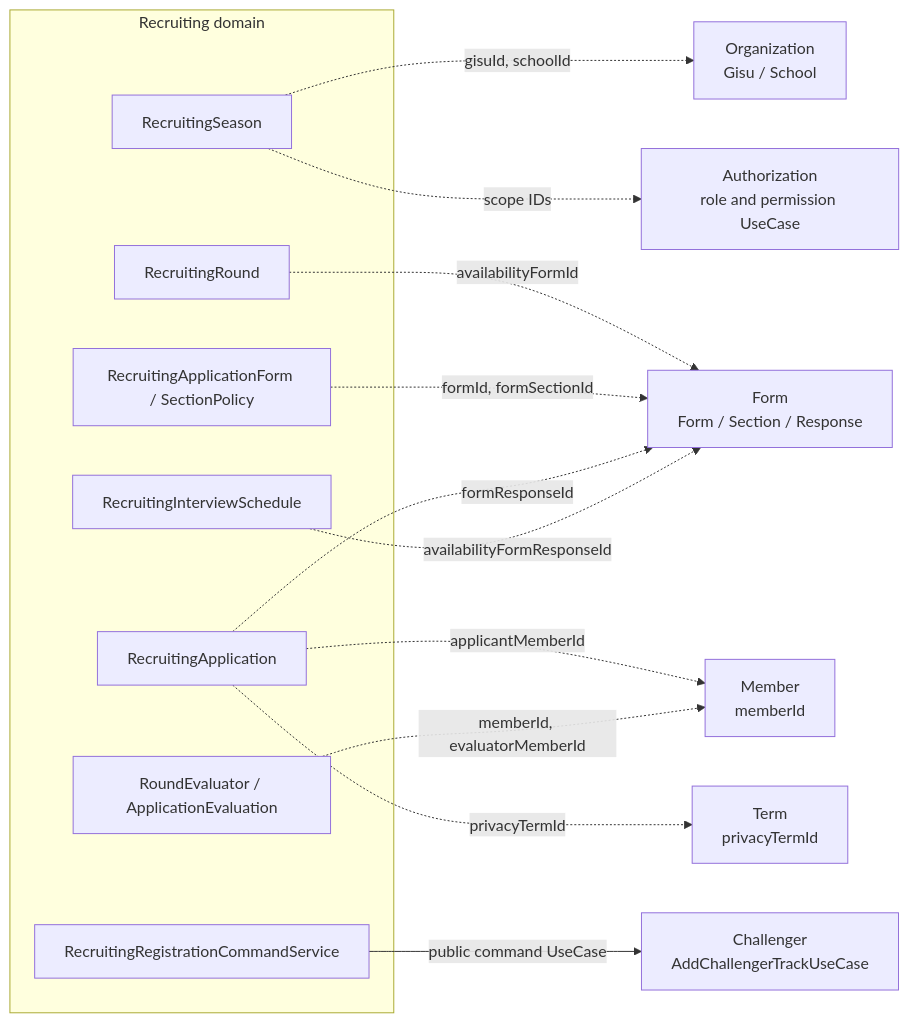
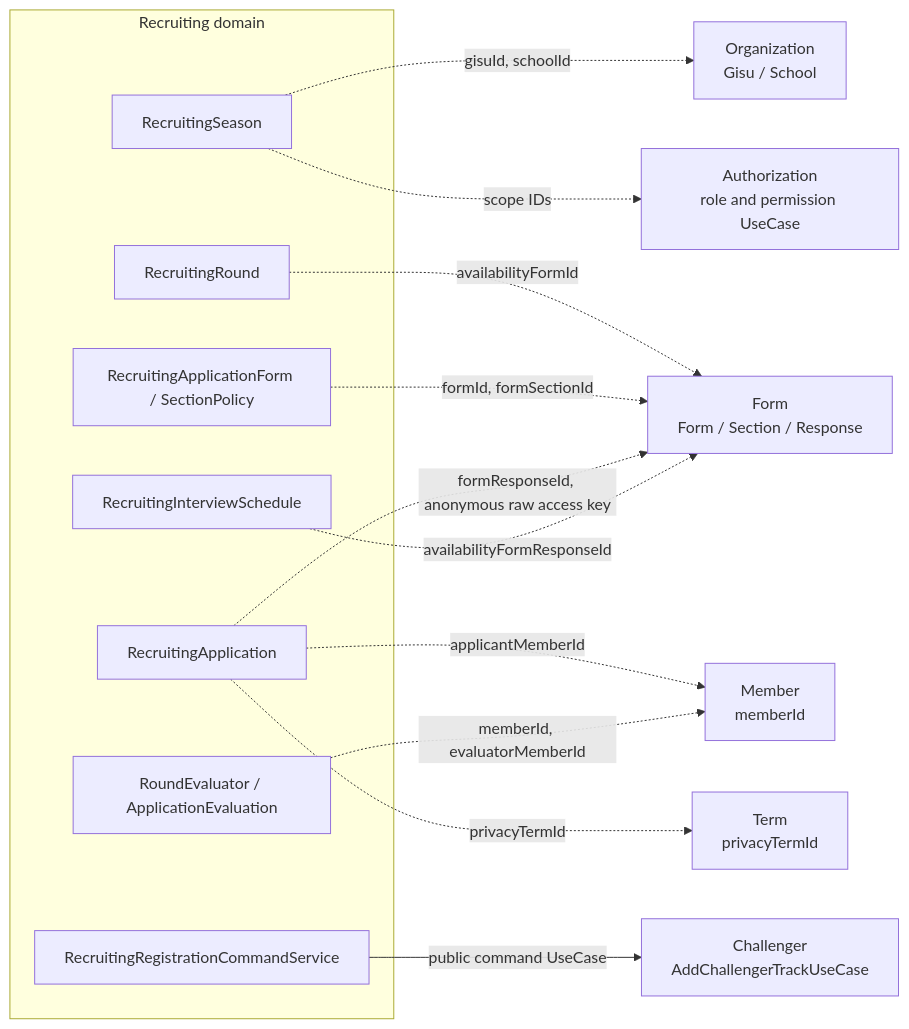
One commit to UMC-PRODUCT/cygnus-server changed the second of 11 diagrams in docs/onboarding/domain/recruiting-diagrams.md. Above: the diagram before and after it, drawn with Mermaid. The commit also changed other lines of this file and 3 other files, not shown here.

Commit message:
docs: update recruiting anonymous application flow

````diff
--- a/docs/onboarding/domain/recruiting-diagrams.md
+++ b/docs/onboarding/domain/recruiting-diagrams.md
@@ -121,30 +122,30 @@
 ```mermaid
 flowchart LR
     subgraph Recruiting["Recruiting domain"]
         Season["RecruitingSeason"]
         Round["RecruitingRound"]
         AppForm["RecruitingApplicationForm / SectionPolicy"]
         Application["RecruitingApplication"]
         EvaluatorRefs["RoundEvaluator / ApplicationEvaluation"]
         Schedule["RecruitingInterviewSchedule"]
         Registration["RecruitingRegistrationCommandService"]
     end
 
     Organization["Organization<br/>Gisu / School"]
     Authorization["Authorization<br/>role and permission UseCase"]
     Form["Form<br/>Form / Section / Response"]
     Member["Member<br/>memberId"]
     Term["Term<br/>privacyTermId"]
     Challenger["Challenger<br/>AddChallengerTrackUseCase"]
 
     Season -.->|"gisuId, schoolId"| Organization
     Round -.->|"availabilityFormId"| Form
     AppForm -.->|"formId, formSectionId"| Form
-    Application -.->|"formResponseId"| Form
+    Application -.->|"formResponseId, anonymous raw access key"| Form
     Schedule -.->|"availabilityFormResponseId"| Form
     Application -.->|"applicantMemberId"| Member
     EvaluatorRefs -.->|"memberId, evaluatorMemberId"| Member
     Application -.->|"privacyTermId"| Term
     Season -.->|"scope IDs"| Authorization
     Registration -->|"public command UseCase"| Challenger
 ```
````
